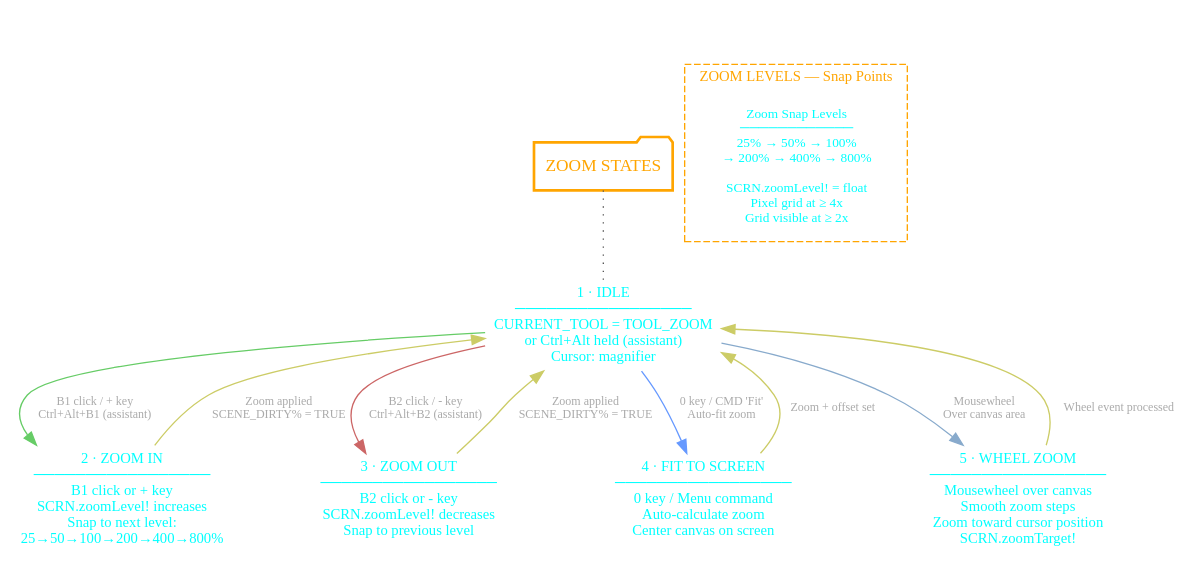
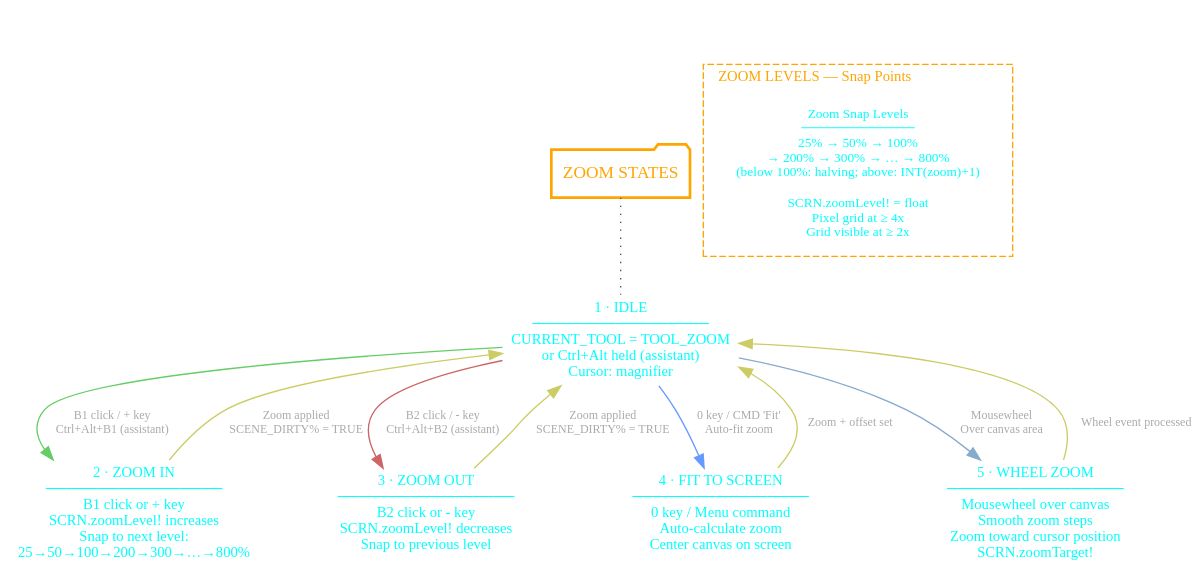
The diagram in PLANS/diagrams/TOOLS/ZOOM-STATES.DOT (grymmjack/DRAW), drawn with Graphviz before and after one commit. The commit also changed 194 other files, not shown here.

First line of the commit message:
docs(diagrams): reconcile all ~60 existing state diagrams to current source (Phase B0)

```diff
--- a/PLANS/diagrams/TOOLS/ZOOM-STATES.DOT
+++ b/PLANS/diagrams/TOOLS/ZOOM-STATES.DOT
@@ -1,46 +1,46 @@
 digraph ZOOM_TOOL {
     label="ZOOM TOOL STATE MACHINE" labelloc=t labeljust=c
     ordering=out rankdir=TB
     fontcolor=white fontsize=24.0 fontname="Cascadia Code PL"
     splines=true compound=true
     bgcolor=transparent
     edge [
         color=gray fontcolor="#aaaaaa" fontsize=9.0
         fontname="Cascadia Code PL"
     ];
     node [
         color=white shape=rect style=""
         fontname="Cascadia Code PL" fontsize=11.0 fontcolor=cyan
     ];
 
     { node [shape=folder color=orange penwidth=2 fontcolor=orange fontsize=13.0];
         MAIN [label="ZOOM STATES"];
     }
 
     S_IDLE [label="1 · IDLE\n─────────────────\nCURRENT_TOOL = TOOL_ZOOM\nor Ctrl+Alt held (assistant)\nCursor: magnifier"];
-    S_ZOOM_IN [label="2 · ZOOM IN\n─────────────────\nB1 click or + key\nSCRN.zoomLevel! increases\nSnap to next level:\n25→50→100→200→400→800%"];
+    S_ZOOM_IN [label="2 · ZOOM IN\n─────────────────\nB1 click or + key\nSCRN.zoomLevel! increases\nSnap to next level:\n25→50→100→200→300→…→800%"];
     S_ZOOM_OUT [label="3 · ZOOM OUT\n─────────────────\nB2 click or - key\nSCRN.zoomLevel! decreases\nSnap to previous level"];
     S_FIT [label="4 · FIT TO SCREEN\n─────────────────\n0 key / Menu command\nAuto-calculate zoom\nCenter canvas on screen"];
     S_WHEEL [label="5 · WHEEL ZOOM\n─────────────────\nMousewheel over canvas\nSmooth zoom steps\nZoom toward cursor position\nSCRN.zoomTarget!"];
 
     S_IDLE -> S_ZOOM_IN [label="  B1 click / + key\n  Ctrl+Alt+B1 (assistant)" color="#66cc66"];
     S_IDLE -> S_ZOOM_OUT [label="  B2 click / - key\n  Ctrl+Alt+B2 (assistant)" color="#cc6666"];
     S_IDLE -> S_FIT [label="  0 key / CMD 'Fit'\n  Auto-fit zoom" color="#6699ff"];
     S_IDLE -> S_WHEEL [label="  Mousewheel\n  Over canvas area" color="#88aacc"];
     S_ZOOM_IN -> S_IDLE [label="  Zoom applied\n  SCENE_DIRTY% = TRUE" color="#cccc66"];
     S_ZOOM_OUT -> S_IDLE [label="  Zoom applied\n  SCENE_DIRTY% = TRUE" color="#cccc66"];
     S_FIT -> S_IDLE [label="  Zoom + offset set" color="#cccc66"];
     S_WHEEL -> S_IDLE [label="  Wheel event processed" color="#cccc66"];
 
     subgraph cluster_levels {
         label="ZOOM LEVELS — Snap Points" labelloc=t labeljust=l
         fontcolor=orange fontsize=11.0 fontname="Cascadia Code PL"
         color=orange style=dashed penwidth=1
 
-        ZL [label="Zoom Snap Levels\n────────────\n25% → 50% → 100%\n→ 200% → 400% → 800%\n\nSCRN.zoomLevel! = float\nPixel grid at ≥ 4x\nGrid visible at ≥ 2x" fontsize=10.0];
+        ZL [label="Zoom Snap Levels\n────────────\n25% → 50% → 100%\n→ 200% → 300% → … → 800%\n(below 100%: halving; above: INT(zoom)+1)\n\nSCRN.zoomLevel! = float\nPixel grid at ≥ 4x\nGrid visible at ≥ 2x" fontsize=10.0];
     }
 
     MAIN -> S_IDLE [arrowhead=none color="#555555" style=dotted];
     { rank=min; MAIN }
     { rank=same; S_ZOOM_IN; S_ZOOM_OUT }
 }
```
